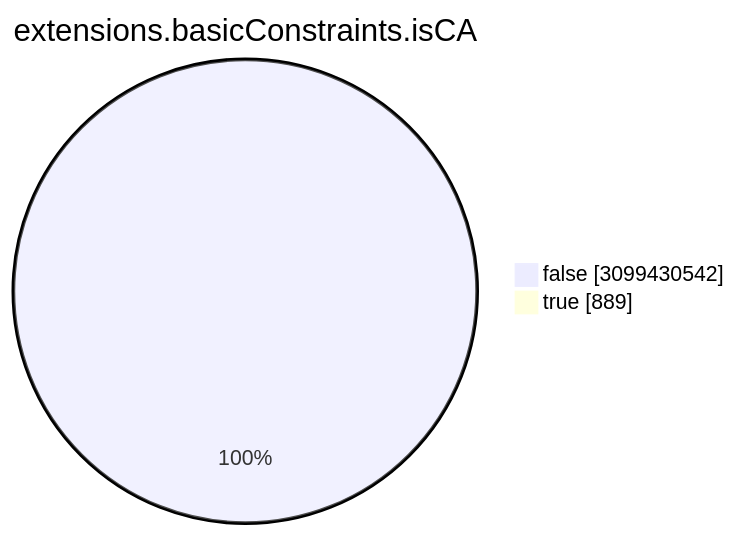
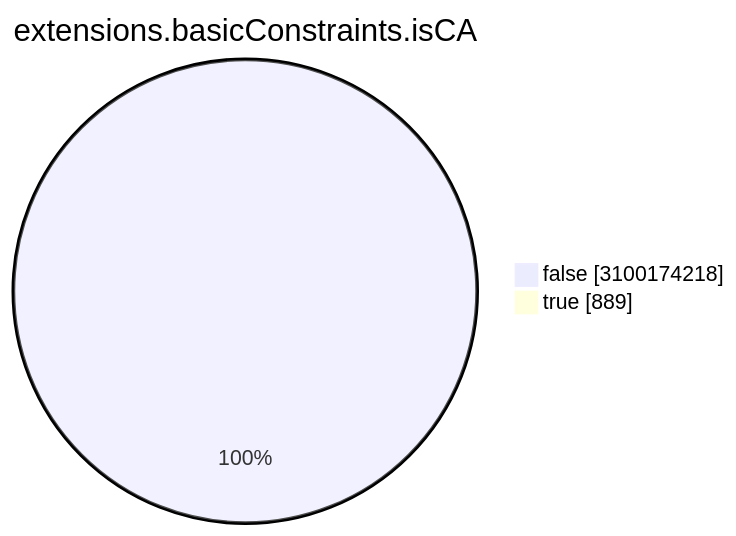
Before and after one commit to christiankrug/ctmonitor_visualization: the seventh of 15 diagrams in TOTAL/README.md, drawn with Mermaid. The commit also changed other lines of this file, not shown here.

````diff
--- a/TOTAL/README.md
+++ b/TOTAL/README.md
@@ -3086,6 +3086,6 @@
 ```mermaid
 pie showData
 title extensions.basicConstraints.isCA
-"false" :3099430542
+"false" :3100174218
 "true" :889
 ```
````
